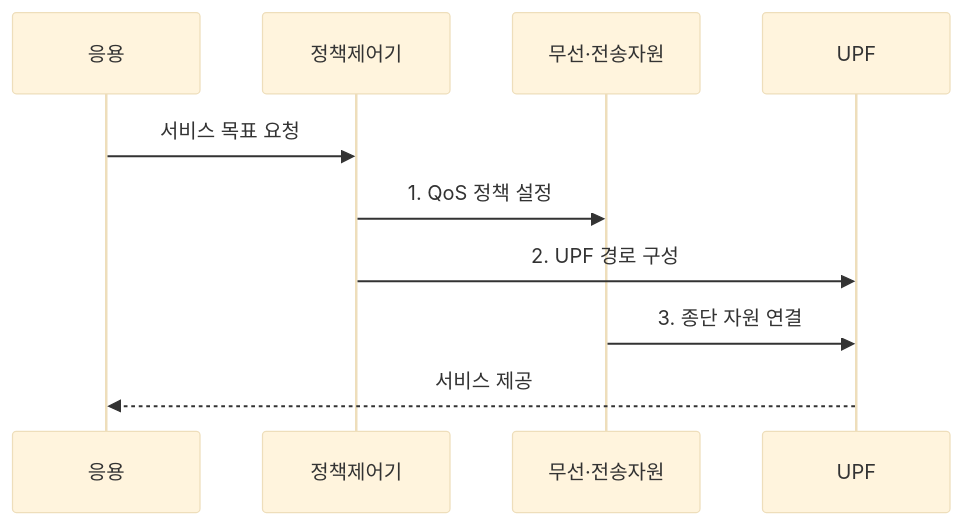
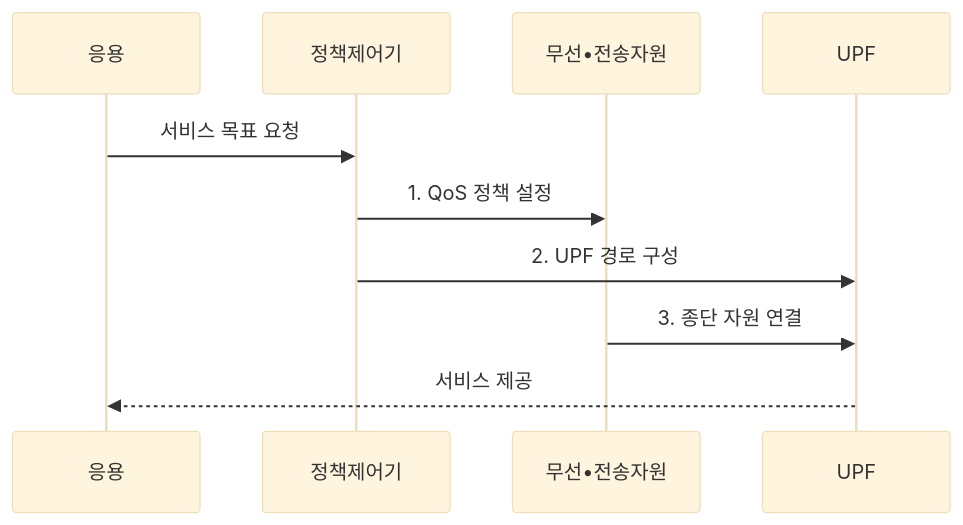
The second of 2 diagrams in src/content/docs/notes/04-network/036_5g_core_technologies.md (agnusdei1207/knowledge-base), drawn with Mermaid (base theme) before and after one commit. The commit also changed other lines of this file and 953 other files, not shown here.

````diff
--- a/src/content/docs/notes/04-network/036_5g_core_technologies.md
+++ b/src/content/docs/notes/04-network/036_5g_core_technologies.md
@@ -97,12 +97,12 @@
 ```mermaid
 sequenceDiagram
     participant 응용
     participant 정책제어기
-    participant 무선·전송자원
+    participant 무선•전송자원
     participant UPF
     응용->>정책제어기: 서비스 목표 요청
-    정책제어기->>무선·전송자원: 1. QoS 정책 설정
+    정책제어기->>무선•전송자원: 1. QoS 정책 설정
     정책제어기->>UPF: 2. UPF 경로 구성
-    무선·전송자원->>UPF: 3. 종단 자원 연결
+    무선•전송자원->>UPF: 3. 종단 자원 연결
     UPF-->>응용: 서비스 제공
 ```
````
